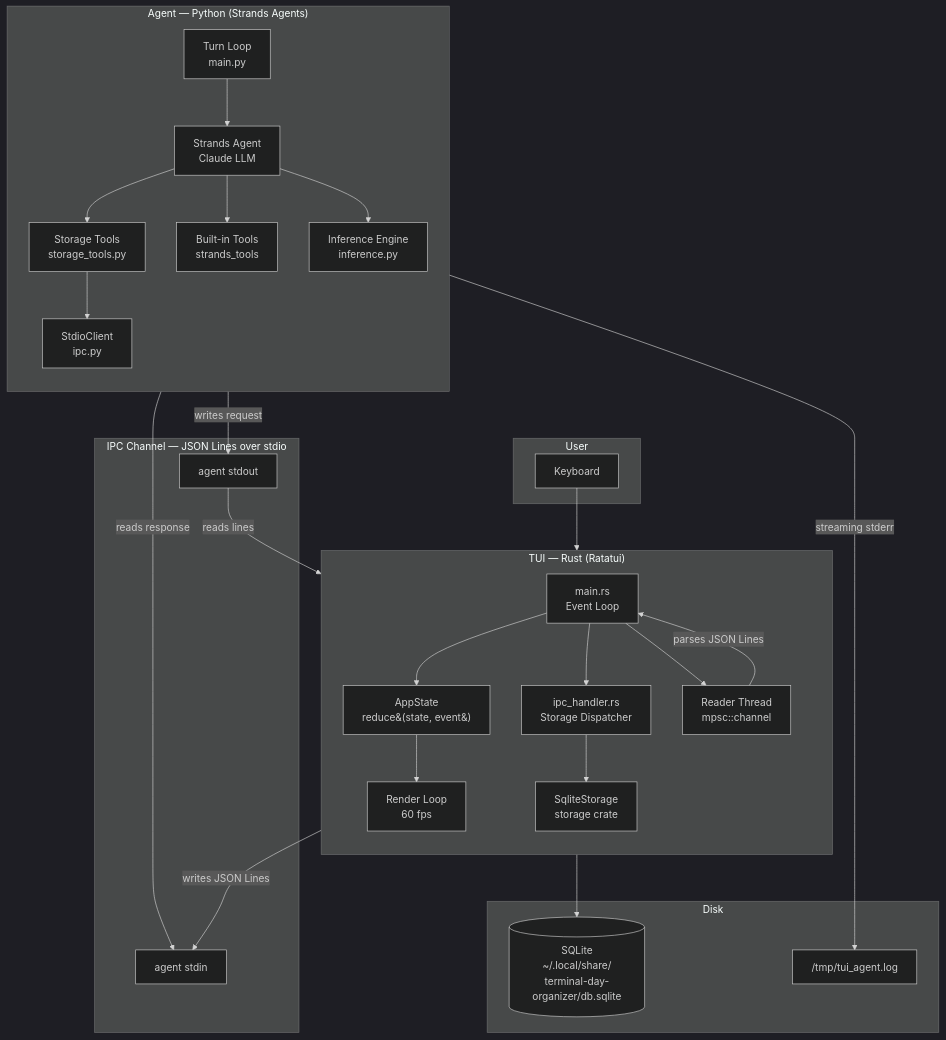
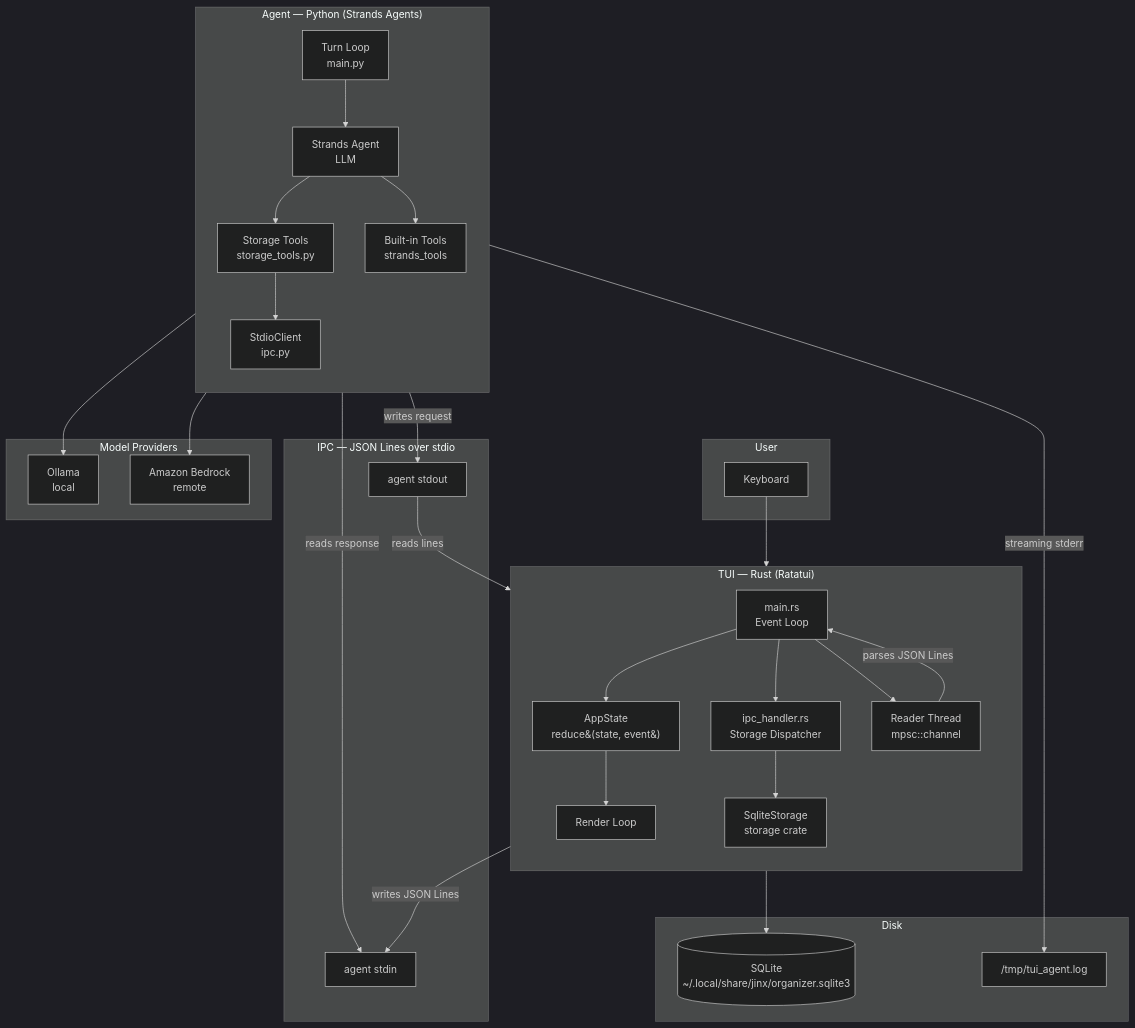
Before and after one commit to ramtoearth/jinx: the first of 6 diagrams in docs/architecture.md, drawn with Mermaid (dark theme). The commit also changed other lines of this file, not shown here.

Commit message:
docs: rewrite architecture.md with current system design (#30)

````diff
--- a/docs/architecture.md
+++ b/docs/architecture.md
@@ -5,57 +7,63 @@
 ```mermaid
 graph TB
     subgraph user["User"]
         KB[Keyboard]
     end
 
     subgraph tui["TUI — Rust (Ratatui)"]
         direction TB
-        RENDER[Render Loop<br/>60 fps]
+        MAIN[main.rs<br/>Event Loop]
         APP[AppState<br/>reduce&#40;state, event&#41;]
-        MAIN[main.rs<br/>Event Loop]
+        RENDER[Render Loop]
+        IPC_H[ipc_handler.rs<br/>Storage Dispatcher]
         STORE[SqliteStorage<br/>storage crate]
-        IPC_H[ipc_handler.rs<br/>Storage Dispatcher]
         READER["Reader Thread<br/>mpsc::channel"]
     end
 
-    subgraph channel["IPC Channel — JSON Lines over stdio"]
+    subgraph channel["IPC — JSON Lines over stdio"]
         STDIN[agent stdin]
         STDOUT[agent stdout]
     end
 
     subgraph agent["Agent — Python (Strands Agents)"]
         direction TB
         LOOP[Turn Loop<br/>main.py]
-        STRAND[Strands Agent<br/>Claude LLM]
+        STRAND[Strands Agent<br/>LLM]
         STDIO[StdioClient<br/>ipc.py]
         STOOLS[Storage Tools<br/>storage_tools.py]
         BTOOLS[Built-in Tools<br/>strands_tools]
-        INFER[Inference Engine<br/>inference.py]
+    end
+
+    subgraph providers["Model Providers"]
+        OLLAMA[Ollama<br/>local]
+        BEDROCK[Amazon Bedrock<br/>remote]
     end
 
     subgraph disk["Disk"]
-        DB[("SQLite<br/>~/.local/share/<br/>terminal-day-organizer/db.sqlite")]
+        DB[("SQLite<br/>~/.local/share/jinx/organizer.sqlite3")]
         LOG["/tmp/tui_agent.log"]
     end
 
     KB --> MAIN
     MAIN --> APP
     APP --> RENDER
     MAIN --> IPC_H
     IPC_H --> STORE
     STORE --> DB
     MAIN --> READER
 
     READER -->|parses JSON Lines| MAIN
     MAIN -->|writes JSON Lines| STDIN
     STDOUT -->|reads lines| READER
 
     LOOP --> STRAND
     STRAND --> STOOLS
     STRAND --> BTOOLS
-    STRAND --> INFER
     STOOLS --> STDIO
     STDIO -->|writes request| STDOUT
     STDIO -->|reads response| STDIN
     STRAND -->|streaming stderr| LOG
+
+    STRAND --> OLLAMA
+    STRAND --> BEDROCK
 ```
````
